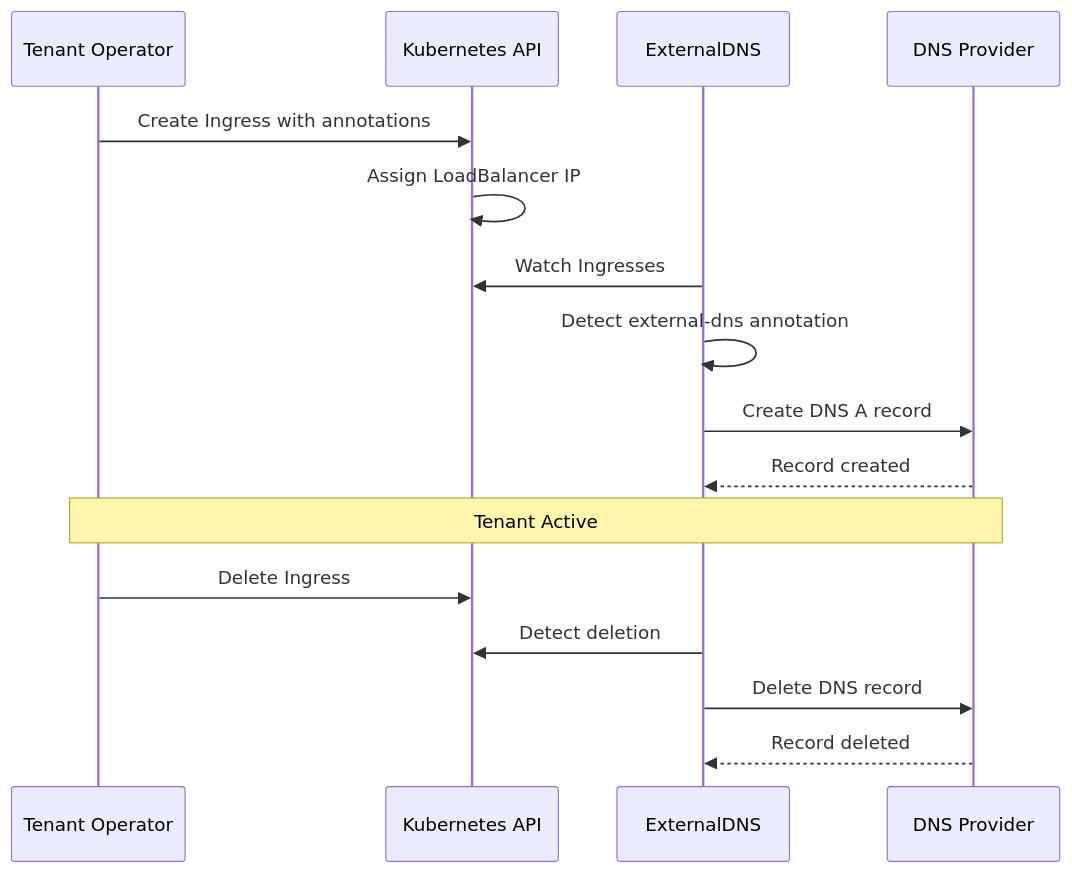
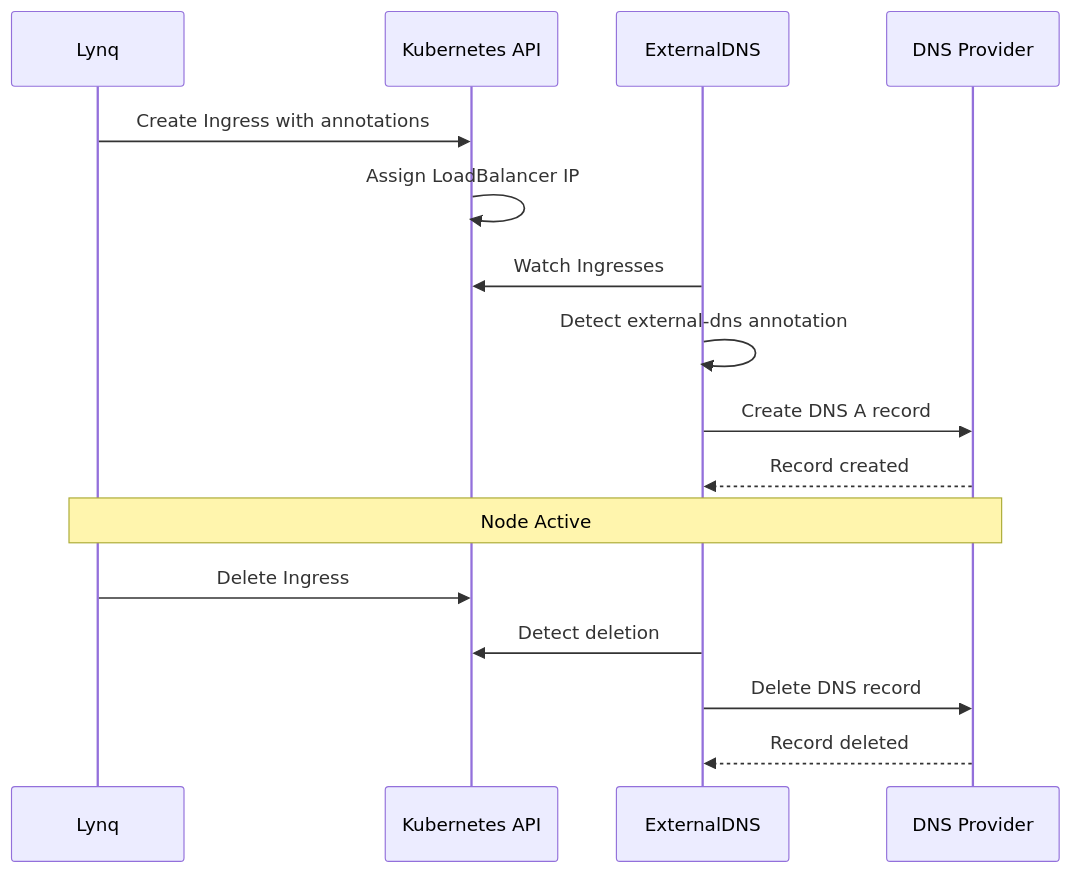
Before and after one commit to kubernetes-tenants/tenant-operator: the second of 2 diagrams in docs/integration-external-dns.md, drawn with Mermaid. The commit also changed other lines of this file and 203 other files, not shown here.

First line of the commit message:
refactor: Complete rename from tenant-operator to lynq

````diff
--- a/docs/integration-external-dns.md
+++ b/docs/integration-external-dns.md
@@ -213,21 +213,21 @@
 ```mermaid
 sequenceDiagram
-    participant TO as Tenant Operator
+    participant TO as Lynq
     participant K8s as Kubernetes API
     participant ED as ExternalDNS
     participant DNS as DNS Provider
 
     TO->>K8s: Create Ingress with annotations
     K8s->>K8s: Assign LoadBalancer IP
     ED->>K8s: Watch Ingresses
     ED->>ED: Detect external-dns annotation
     ED->>DNS: Create DNS A record
     DNS-->>ED: Record created
 
-    Note over TO,DNS: Tenant Active
+    Note over TO,DNS: Node Active
 
     TO->>K8s: Delete Ingress
     ED->>K8s: Detect deletion
     ED->>DNS: Delete DNS record
     DNS-->>ED: Record deleted
 ```
````
